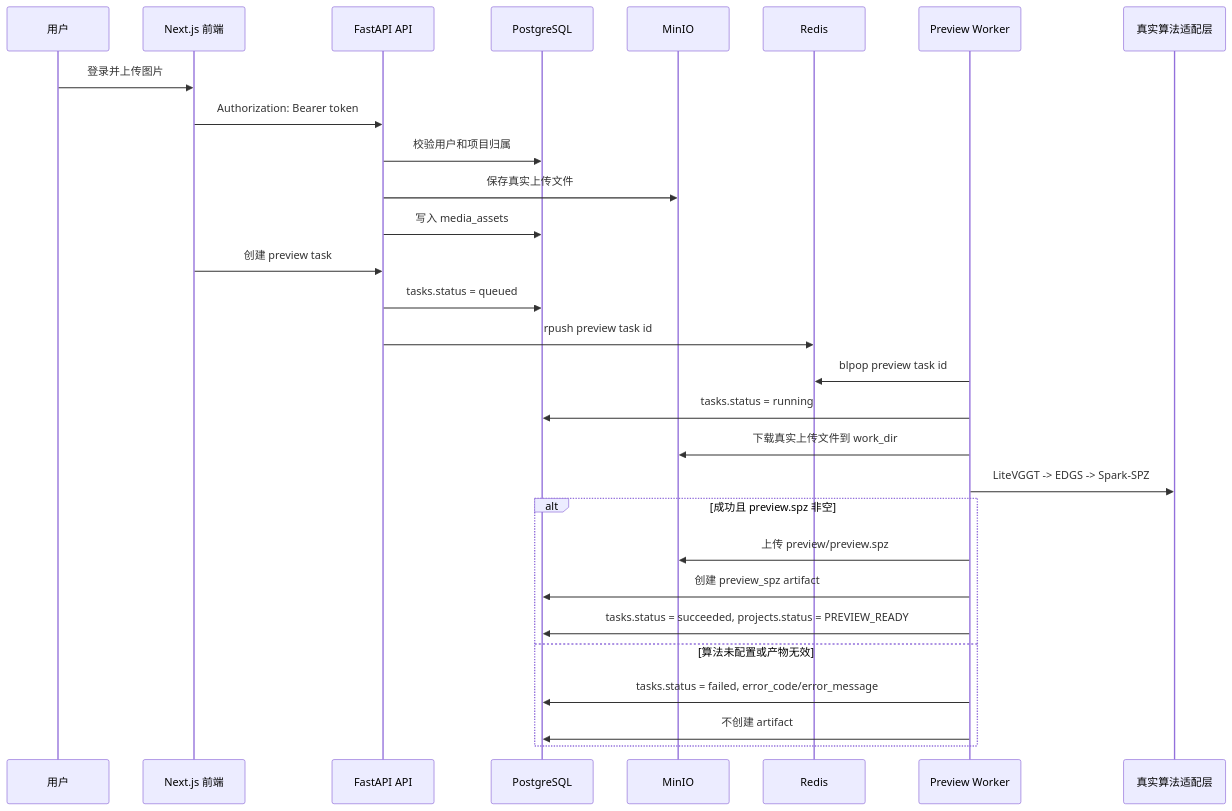
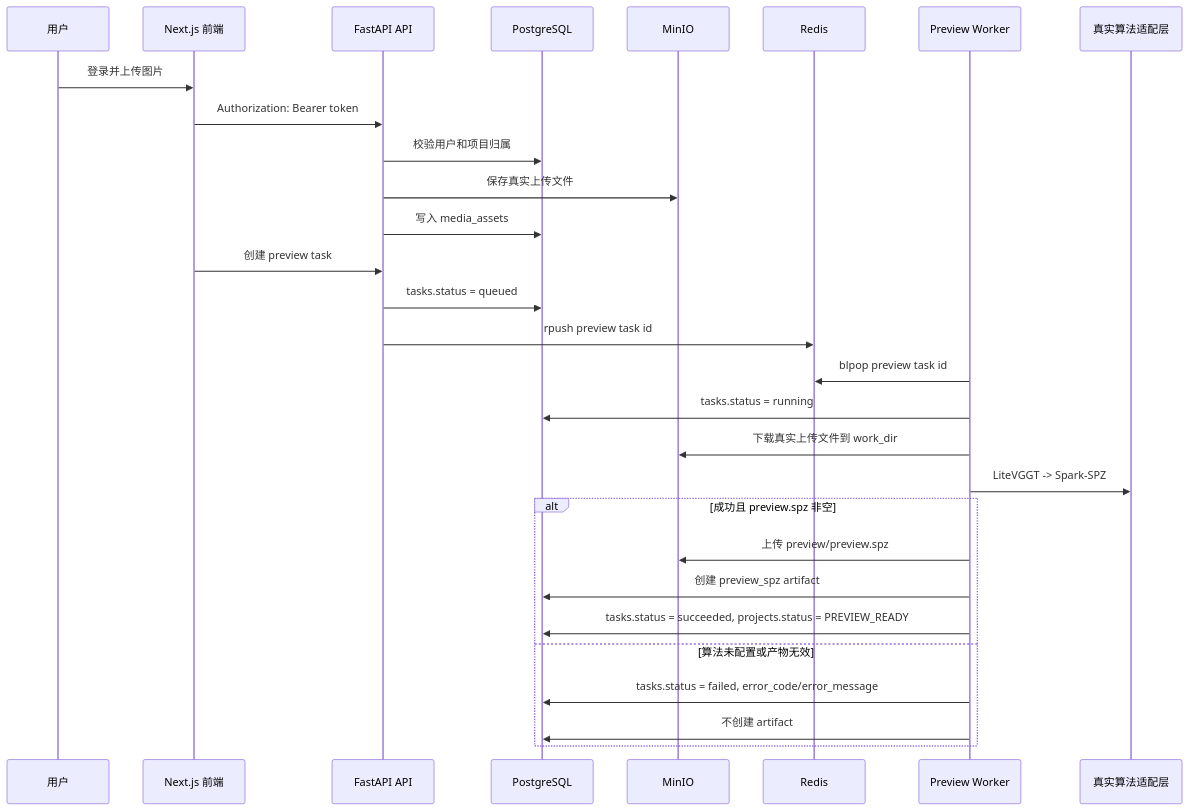
The third of 3 diagrams in doc/03-workflows-state.md (Braveliu66/3dgsbi), drawn with Mermaid before and after one commit. The commit also changed other lines of this file and 1692 other files, not shown here.

````diff
--- a/doc/03-workflows-state.md
+++ b/doc/03-workflows-state.md
@@ -119,32 +119,32 @@
 ```mermaid
 sequenceDiagram
     participant U as 用户
     participant FE as Next.js 前端
     participant API as FastAPI API
     participant DB as PostgreSQL
     participant S as MinIO
     participant Q as Redis
     participant W as Preview Worker
     participant A as 真实算法适配层
 
     U->>FE: 登录并上传图片
     FE->>API: Authorization: Bearer token
     API->>DB: 校验用户和项目归属
     API->>S: 保存真实上传文件
     API->>DB: 写入 media_assets
     FE->>API: 创建 preview task
     API->>DB: tasks.status = queued
     API->>Q: rpush preview task id
     W->>Q: blpop preview task id
     W->>DB: tasks.status = running
     W->>S: 下载真实上传文件到 work_dir
-    W->>A: LiteVGGT -> EDGS -> Spark-SPZ
+    W->>A: LiteVGGT -> Spark-SPZ
     alt 成功且 preview.spz 非空
         W->>S: 上传 preview/preview.spz
         W->>DB: 创建 preview_spz artifact
         W->>DB: tasks.status = succeeded, projects.status = PREVIEW_READY
     else 算法未配置或产物无效
         W->>DB: tasks.status = failed, error_code/error_message
         W->>DB: 不创建 artifact
     end
 ```
````
